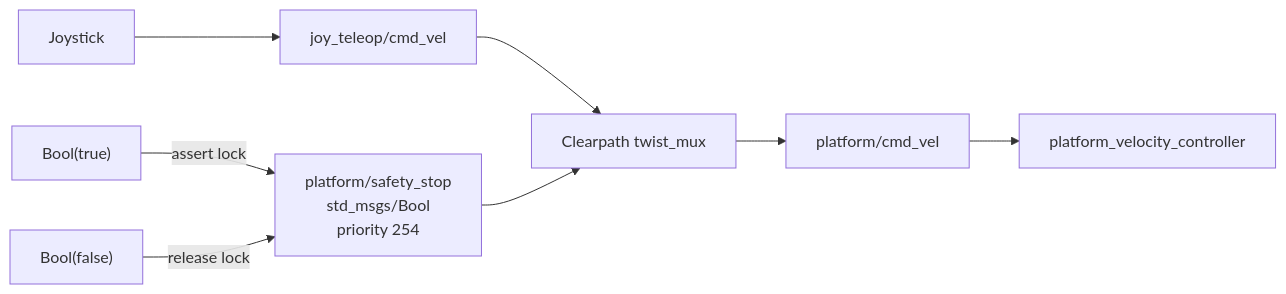
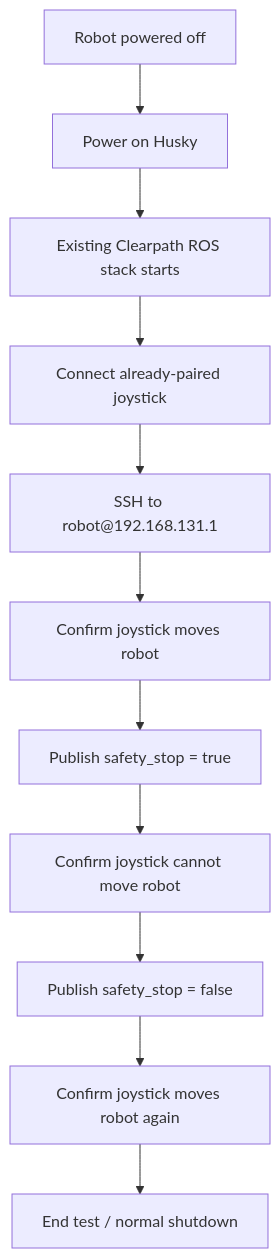
The diagram in robotics/controller/ros/reusability.md (kirolossedra/RIS-Robotics), drawn with Mermaid before and after one commit. The commit also changed other lines of this file, not shown here.

Commit message:
docs: make ROS safety demo a direct power-cycle runbook

````diff
--- a/robotics/controller/ros/reusability.md
+++ b/robotics/controller/ros/reusability.md
@@ -53,11 +160,13 @@
 ```mermaid
-flowchart LR
-    JOY["Joystick"] --> TELEOP["joy_teleop/cmd_vel"]
-    TELEOP --> MUX["Clearpath twist_mux"]
-    STOP["platform/safety_stop\nstd_msgs/Bool\npriority 254"] --> MUX
-    MUX --> CMD["platform/cmd_vel"]
-    CMD --> CTRL["platform_velocity_controller"]
-
-    TRUE["Bool(true)"] -->|"assert lock"| STOP
-    FALSE["Bool(false)"] -->|"release lock"| STOP
+flowchart TD
+    OFF["Robot powered off"] --> ON["Power on Husky"]
+    ON --> BOOT["Existing Clearpath ROS stack starts"]
+    BOOT --> JOY["Connect already-paired joystick"]
+    JOY --> SSH["SSH to robot@192.168.131.1"]
+    SSH --> BASE["Confirm joystick moves robot"]
+    BASE --> STOP["Publish safety_stop = true"]
+    STOP --> BLOCKED["Confirm joystick cannot move robot"]
+    BLOCKED --> RELEASE["Publish safety_stop = false"]
+    RELEASE --> RESTORED["Confirm joystick moves robot again"]
+    RESTORED --> END["End test / normal shutdown"]
 ```
````
